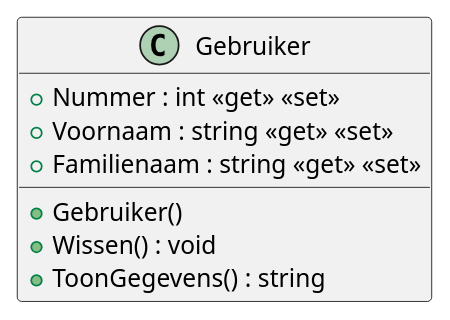
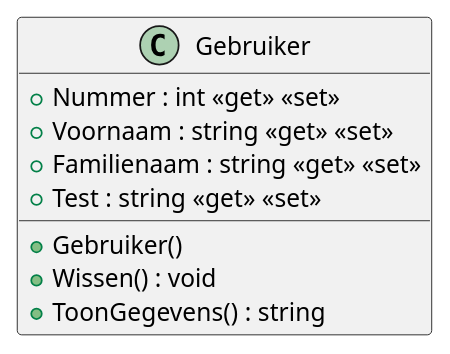
One commit to it-graduaten/template-csharp-ooprogramming-oefeningen-pe changed the diagram in 01/01_00/plantuml/Models/Gebruiker.puml. Above: the diagram before and after it, drawn with PlantUML. The commit also changed 1 other file, not shown here.

```diff
--- a/01/01_00/plantuml/Models/Gebruiker.puml
+++ b/01/01_00/plantuml/Models/Gebruiker.puml
@@ -1,10 +1,11 @@
 @startuml
 class Gebruiker {
     + Nummer : int <<get>> <<set>>
     + Voornaam : string <<get>> <<set>>
     + Familienaam : string <<get>> <<set>>
+    + Test : string <<get>> <<set>>
     + Gebruiker()
     + Wissen() : void
     + ToonGegevens() : string
 }
 @enduml
```
